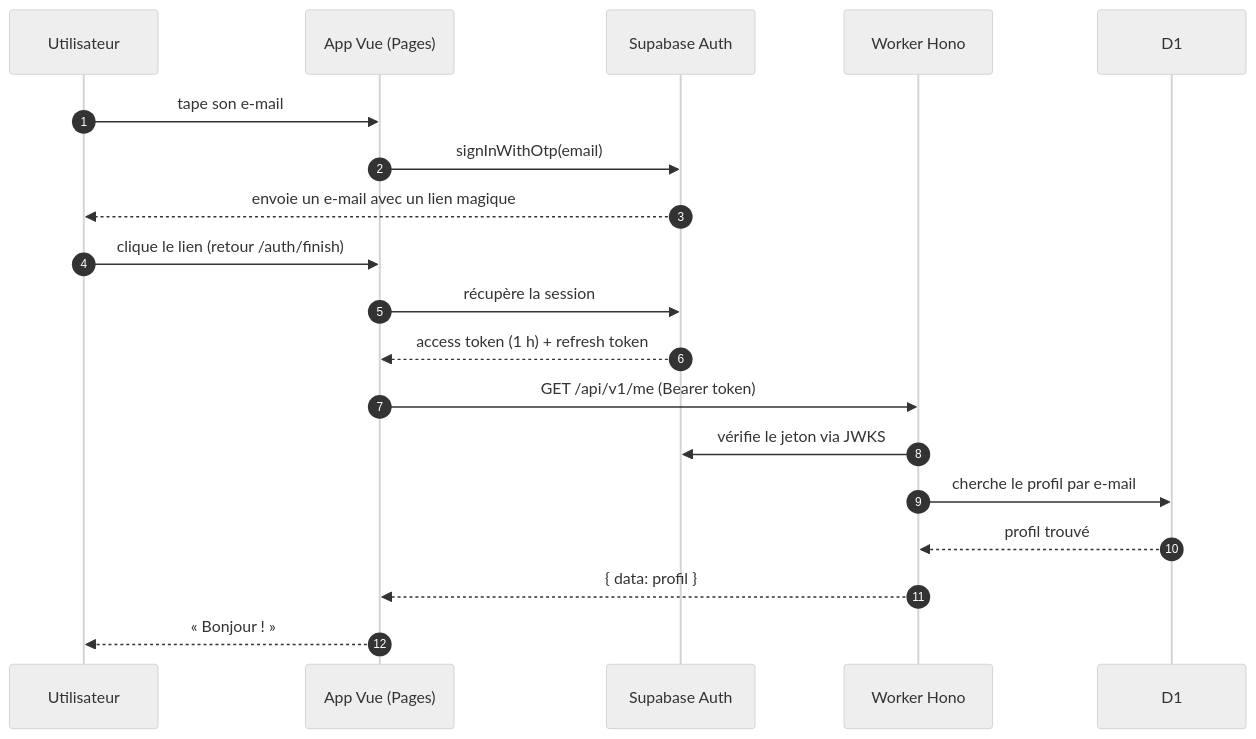
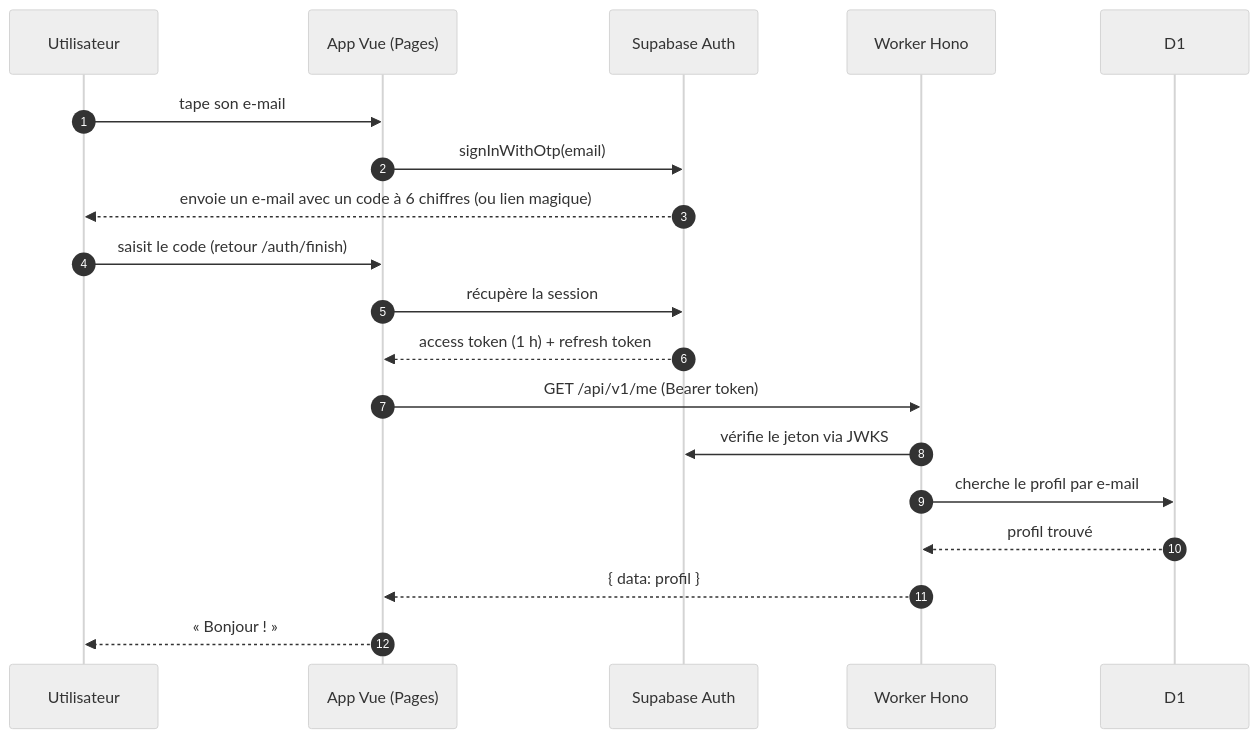
Before and after one commit to srn-romain/m2gdp-g9-cui: the second of 3 diagrams in docs/ARCHITECTURE-PRESENTATION.md, drawn with Mermaid (neutral theme). The commit also changed other lines of this file and 10 other files, not shown here.

````diff
--- a/docs/ARCHITECTURE-PRESENTATION.md
+++ b/docs/ARCHITECTURE-PRESENTATION.md
@@ -69,22 +69,22 @@
 ```mermaid
 sequenceDiagram
     autonumber
     participant U as Utilisateur
     participant APP as App Vue (Pages)
     participant SA as Supabase Auth
     participant API as Worker Hono
     participant DB as D1
 
     U->>APP: tape son e-mail
     APP->>SA: signInWithOtp(email)
-    SA-->>U: envoie un e-mail avec un lien magique
-    U->>APP: clique le lien (retour /auth/finish)
+    SA-->>U: envoie un e-mail avec un code à 6 chiffres (ou lien magique)
+    U->>APP: saisit le code (retour /auth/finish)
     APP->>SA: récupère la session
     SA-->>APP: access token (1 h) + refresh token
     APP->>API: GET /api/v1/me (Bearer token)
     API->>SA: vérifie le jeton via JWKS
     API->>DB: cherche le profil par e-mail
     DB-->>API: profil trouvé
     API-->>APP: { data: profil }
     APP-->>U: « Bonjour ! »
 ```
````
